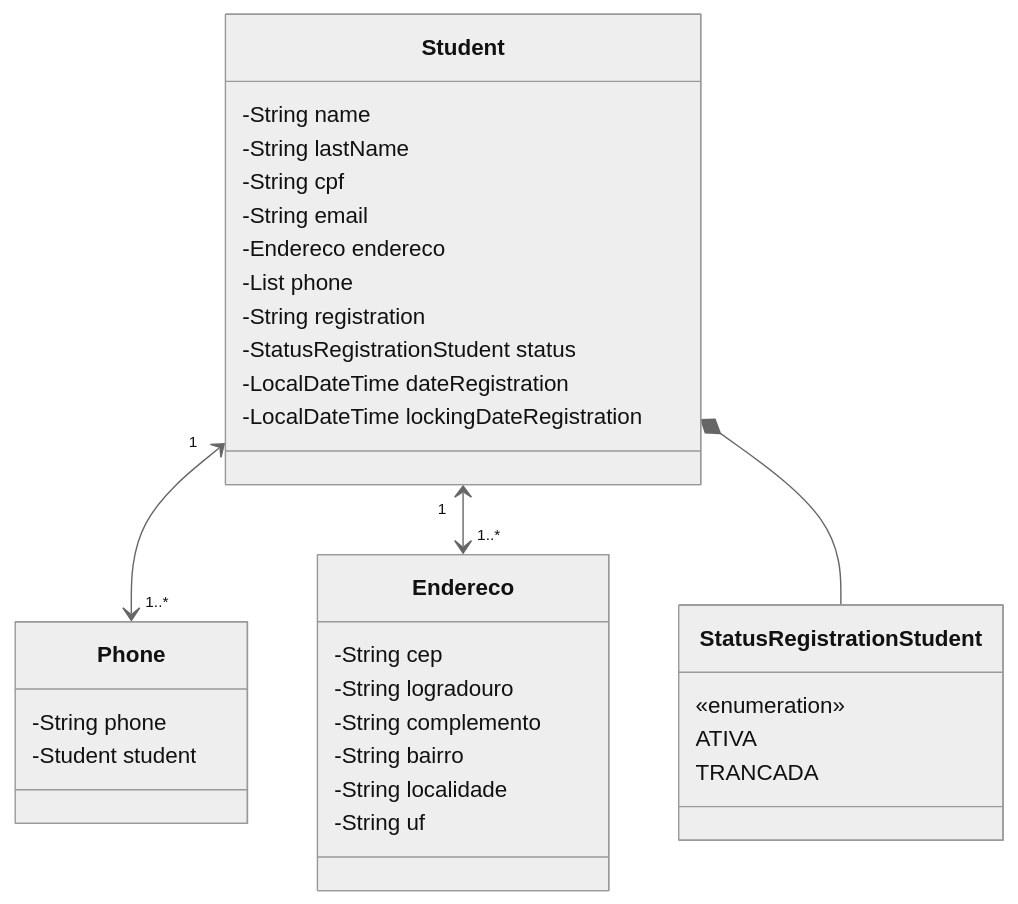
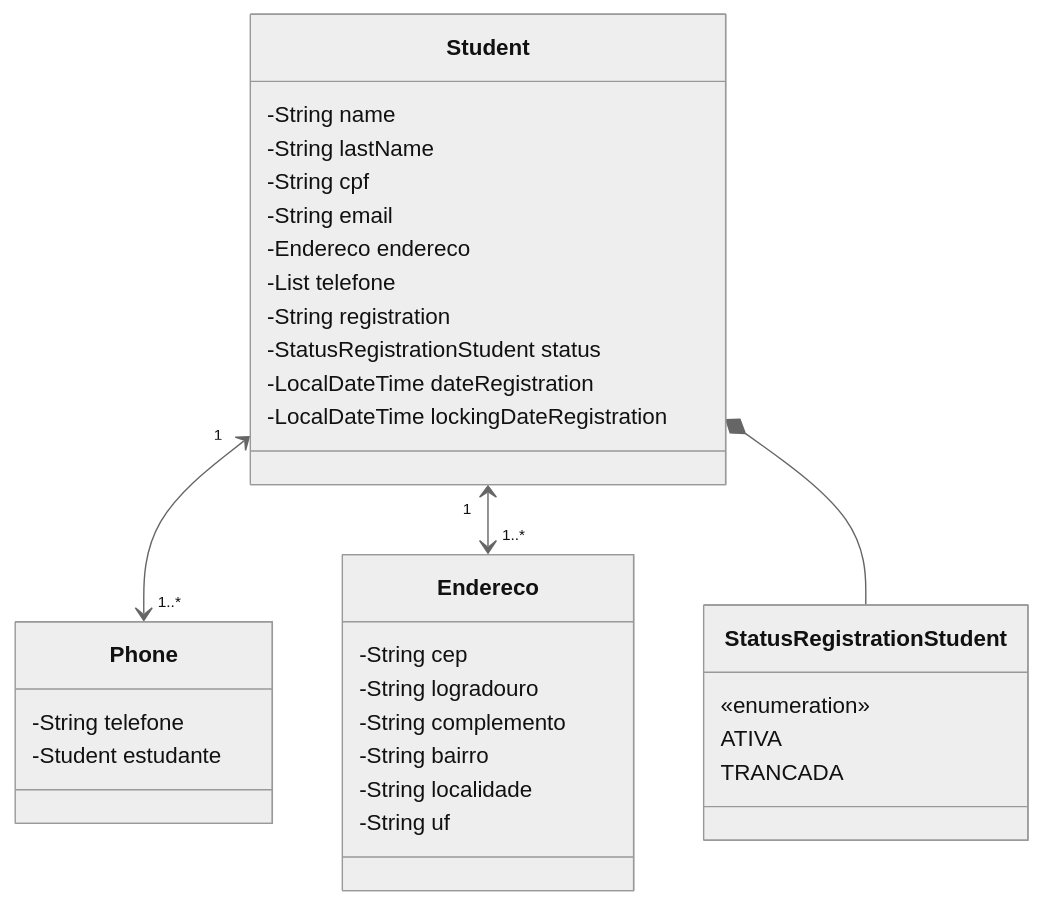
The diagram in README.md (reynaldo-hendson/api-matricula), drawn with Mermaid (neutral theme) before and after one commit. The commit also changed other lines of this file and 4 other files, not shown here.

````diff
--- a/README.md
+++ b/README.md
@@ -32,41 +32,41 @@
 ```mermaid
 classDiagram
  Student "1" <--> "1..*" Phone
  Student "1" <--> "1..*"Endereco 
  Student *-- StatusRegistrationStudent 
 
   class Student {
     -String name
     -String lastName
     -String cpf
     -String email
     -Endereco endereco
-    -List<Phone> phone
+    -List<Phone> telefone
     -String registration
     -StatusRegistrationStudent status
     -LocalDateTime dateRegistration
     -LocalDateTime lockingDateRegistration
   }
 
   class Phone {
-    -String phone
-    -Student student
+    -String telefone
+    -Student estudante
   }
 
   class Endereco {
     -String cep
     -String logradouro
     -String complemento
     -String bairro
     -String localidade
     -String uf
   }
 
   class StatusRegistrationStudent {
     «enumeration»
     ATIVA
     TRANCADA
   }
 
  
 ```
````
